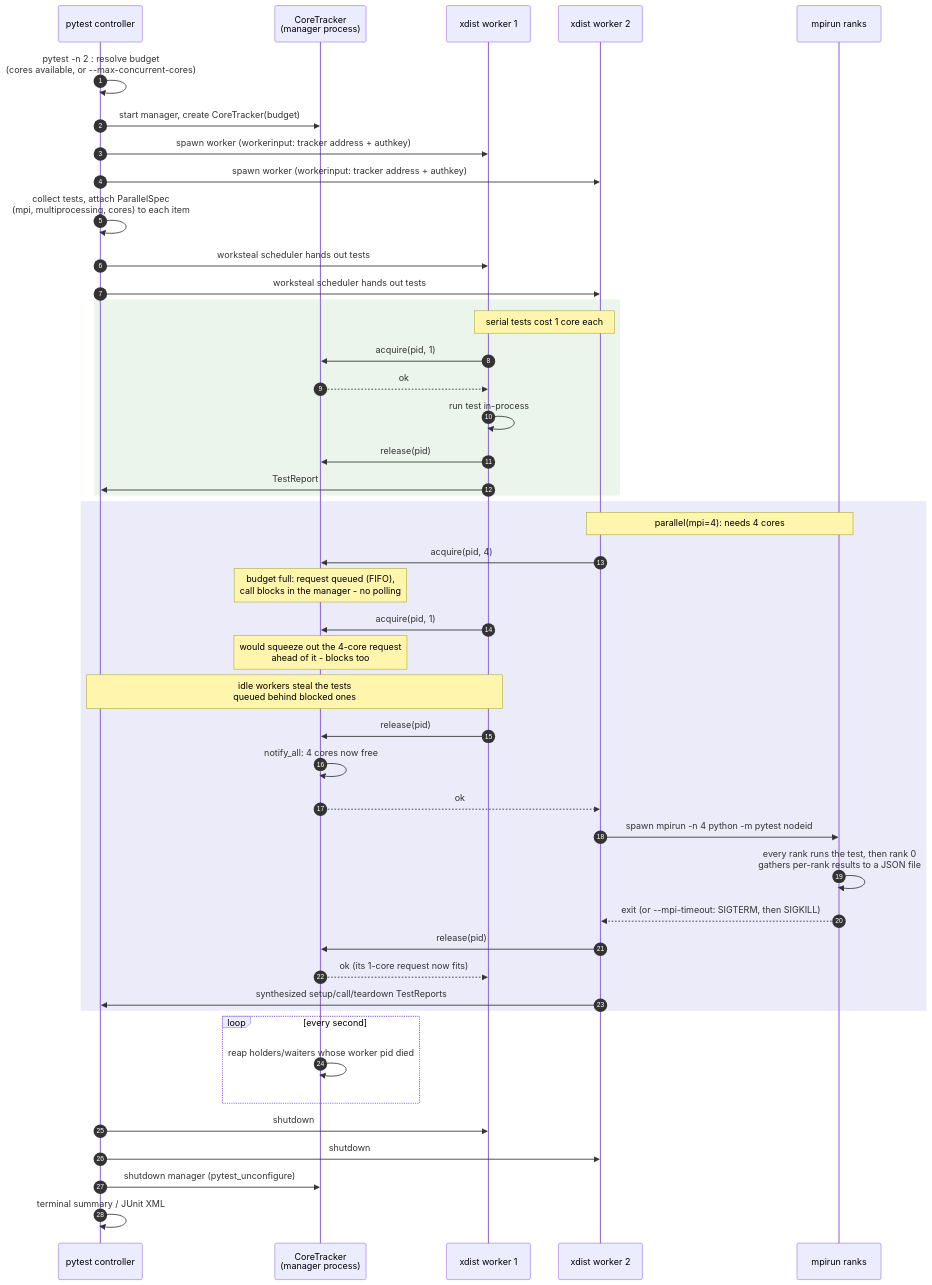
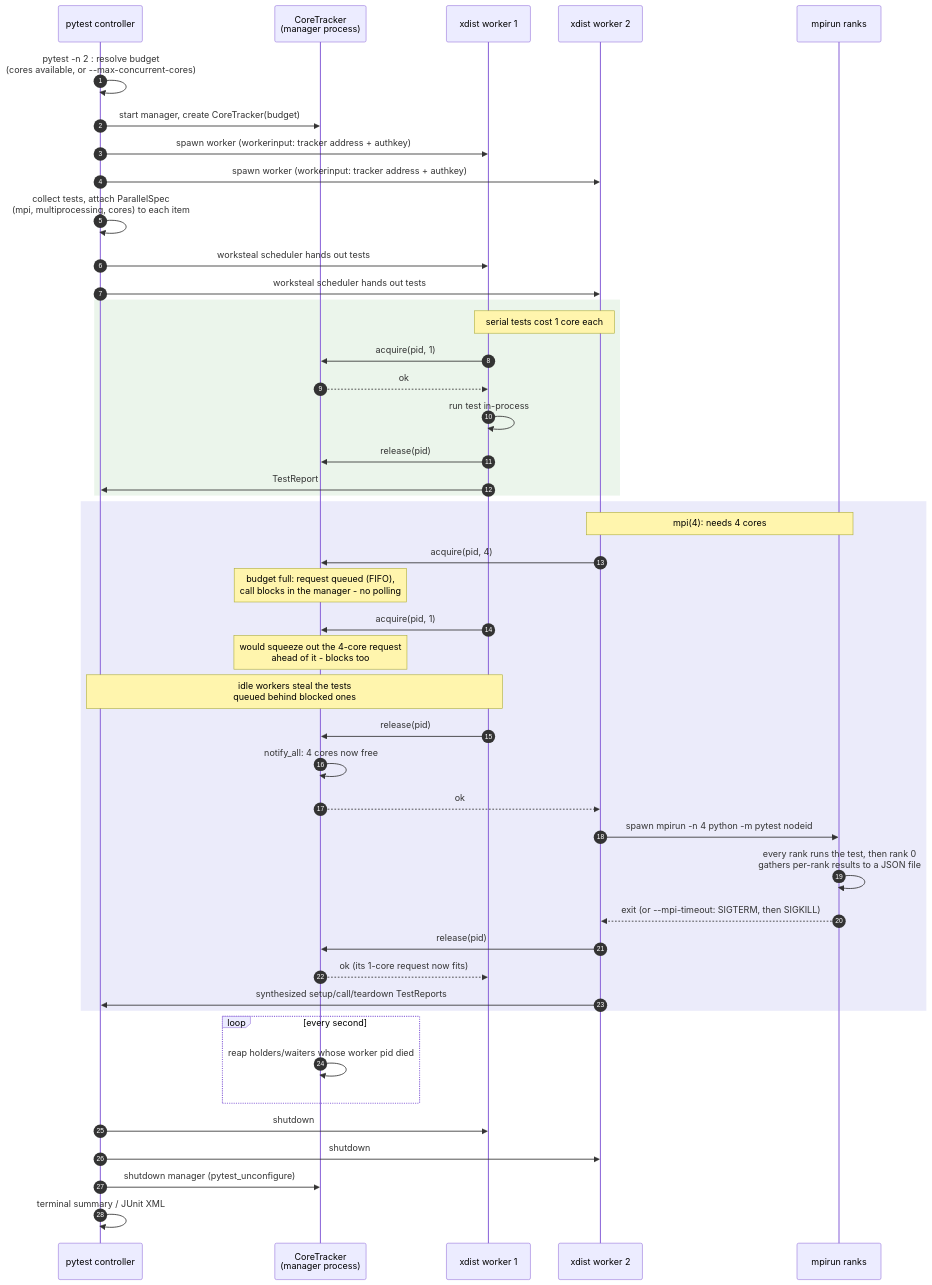
Before and after one commit to robfalck/testflo: the diagram in README.md, drawn with Mermaid. The commit also changed other lines of this file and 2 other files, not shown here.

First line of the commit message:
Split the pytest plugin's combined parallel marker into independent mpi and multiprocessing markers

````diff
--- a/README.md
+++ b/README.md
@@ -268,53 +278,53 @@
 ```mermaid
 sequenceDiagram
     autonumber
     participant C as pytest controller
     participant M as CoreTracker<br/>(manager process)
     participant W1 as xdist worker 1
     participant W2 as xdist worker 2
     participant R as mpirun ranks
 
     C->>C: pytest -n 2 : resolve budget<br/>(cores available, or --max-concurrent-cores)
     C->>M: start manager, create CoreTracker(budget)
     C->>W1: spawn worker (workerinput: tracker address + authkey)
     C->>W2: spawn worker (workerinput: tracker address + authkey)
     C->>C: collect tests, attach ParallelSpec<br/>(mpi, multiprocessing, cores) to each item
     C->>W1: worksteal scheduler hands out tests
     C->>W2: worksteal scheduler hands out tests
 
     rect rgb(235, 245, 235)
         note over W1,W2: serial tests cost 1 core each
         W1->>M: acquire(pid, 1)
         M-->>W1: ok
         W1->>W1: run test in-process
         W1->>M: release(pid)
         W1->>C: TestReport
     end
 
     rect rgb(235, 235, 250)
-        note over W2,R: parallel(mpi=4): needs 4 cores
+        note over W2,R: mpi(4): needs 4 cores
         W2->>M: acquire(pid, 4)
         note over M: budget full: request queued (FIFO),<br/>call blocks in the manager - no polling
         W1->>M: acquire(pid, 1)
         note over M: would squeeze out the 4-core request<br/>ahead of it - blocks too
         note over C,W1: idle workers steal the tests<br/>queued behind blocked ones
         W1->>M: release(pid)
         M->>M: notify_all: 4 cores now free
         M-->>W2: ok
         W2->>R: spawn mpirun -n 4 python -m pytest nodeid
         R->>R: every rank runs the test, then rank 0<br/>gathers per-rank results to a JSON file
         R-->>W2: exit (or --mpi-timeout: SIGTERM, then SIGKILL)
         W2->>M: release(pid)
         M-->>W1: ok (its 1-core request now fits)
         W2->>C: synthesized setup/call/teardown TestReports
     end
 
     loop every second
         M->>M: reap holders/waiters whose worker pid died
     end
 
     C->>W1: shutdown
     C->>W2: shutdown
     C->>M: shutdown manager (pytest_unconfigure)
     C->>C: terminal summary / JUnit XML
 ```
````
